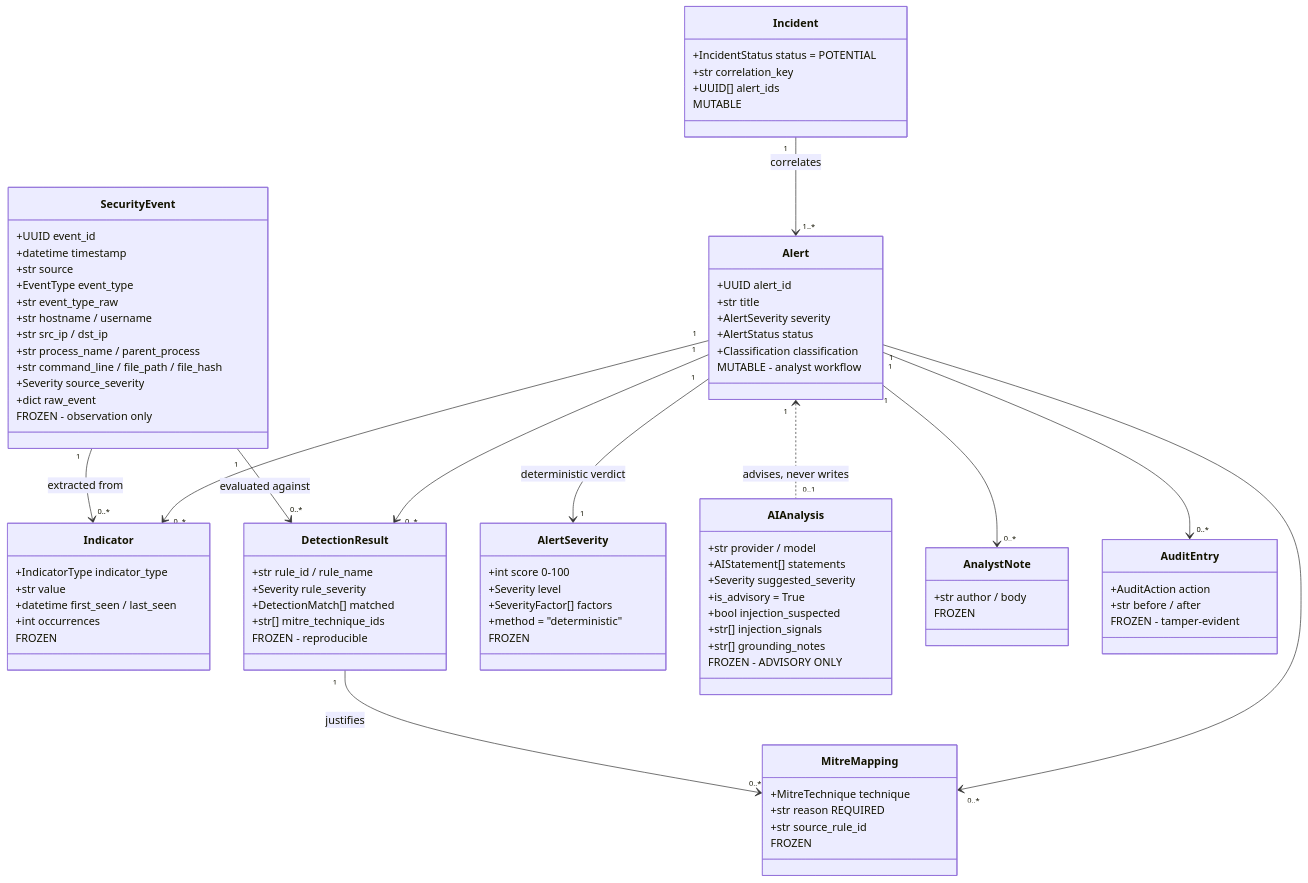
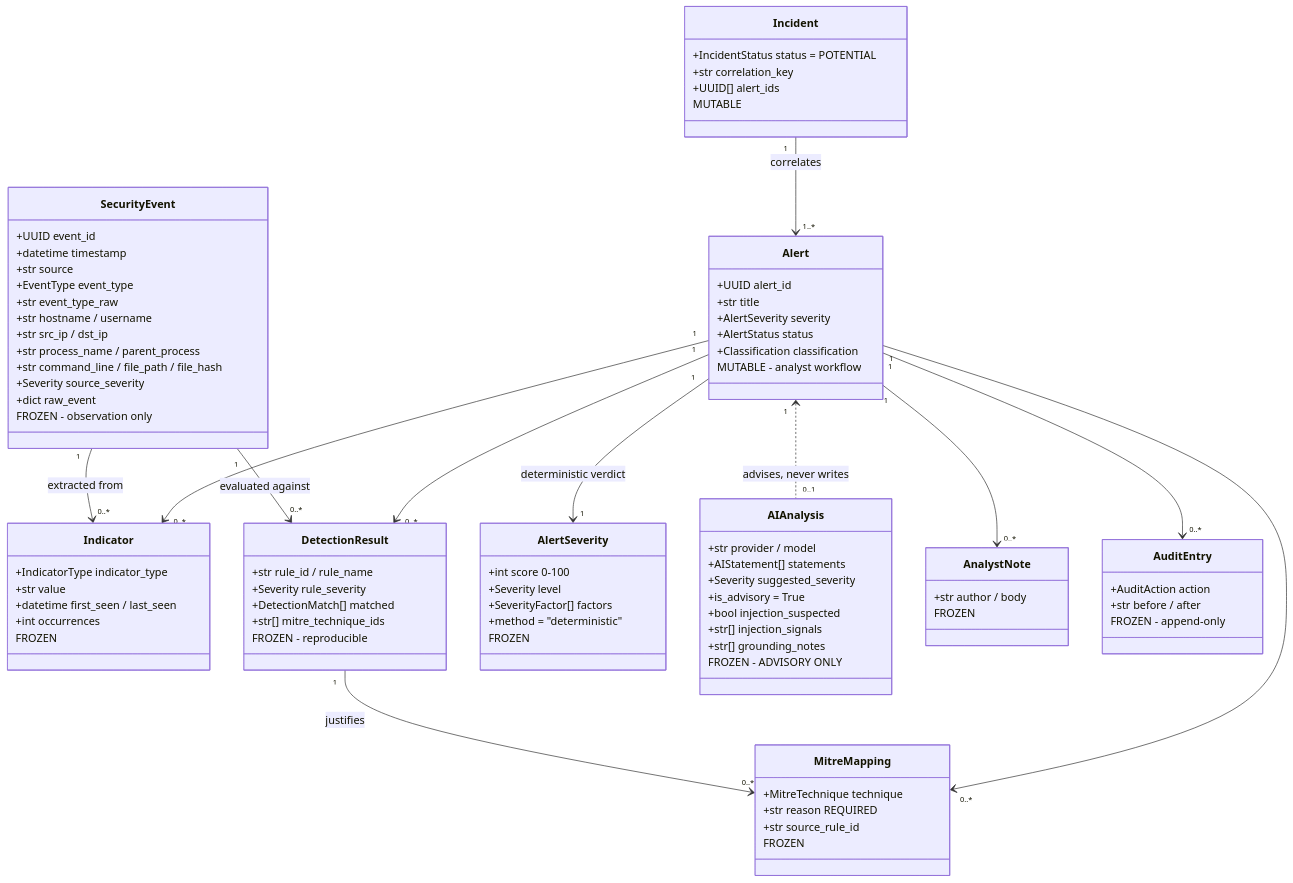
Before and after one commit to mpk201036/SentinelFlow: the diagram in docs/data-model.md, drawn with Mermaid. The commit also changed other lines of this file and 30 other files, not shown here.

```diff
--- a/docs/data-model.md
+++ b/docs/data-model.md
@@ -81,7 +81,7 @@
     class AuditEntry {
         +AuditAction action
         +str before / after
-        FROZEN - tamper-evident
+        FROZEN - append-only
     }
 
     SecurityEvent "1" --> "0..*" Indicator : extracted from
```
